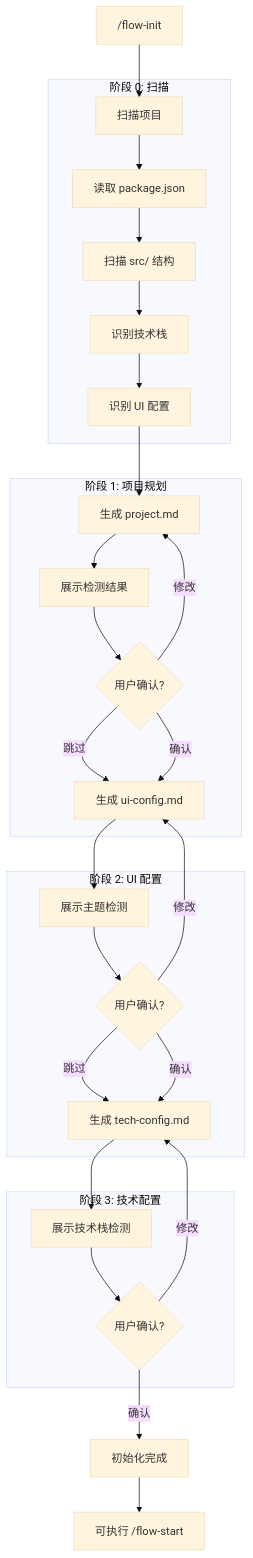
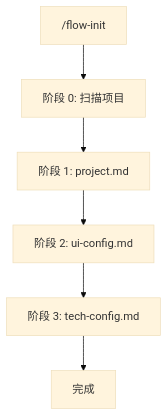
One commit to hakonleung/halo changed the diagram in ai-coding/action-init.md. Above: the diagram before and after it, drawn with Mermaid (base theme). The commit also changed other lines of this file and 9 other files, not shown here.

Commit message:
perf: ai coding flow

````diff
--- a/ai-coding/action-init.md
+++ b/ai-coding/action-init.md
@@ -13,40 +13,8 @@
 ```mermaid
 flowchart TD
-    A["/flow-init"] --> B["扫描项目"]
-    
-    subgraph SCAN["阶段 0: 扫描"]
-        B --> B1["读取 package.json"]
-        B1 --> B2["扫描 src/ 结构"]
-        B2 --> B3["识别技术栈"]
-        B3 --> B4["识别 UI 配置"]
-    end
-    
-    B4 --> C["生成 project.md"]
-    
-    subgraph STAGE1["阶段 1: 项目规划"]
-        C --> C1["展示检测结果"]
-        C1 --> C2{"用户确认?"}
-        C2 -->|"修改"| C
-        C2 -->|"跳过"| D
-    end
-    
-    C2 -->|"确认"| D["生成 ui-config.md"]
-    
-    subgraph STAGE2["阶段 2: UI 配置"]
-        D --> D1["展示主题检测"]
-        D1 --> D2{"用户确认?"}
-        D2 -->|"修改"| D
-        D2 -->|"跳过"| E
-    end
-    
-    D2 -->|"确认"| E["生成 tech-config.md"]
-    
-    subgraph STAGE3["阶段 3: 技术配置"]
-        E --> E1["展示技术栈检测"]
-        E1 --> E2{"用户确认?"}
-        E2 -->|"修改"| E
-    end
-    
-    E2 -->|"确认"| F["初始化完成"]
-    F --> G["可执行 /flow-start"]
+    A["/flow-init"] --> B["阶段 0: 扫描项目"]
+    B --> C["阶段 1: project.md"]
+    C --> D["阶段 2: ui-config.md"]
+    D --> E["阶段 3: tech-config.md"]
+    E --> F["完成"]
 ```
````
